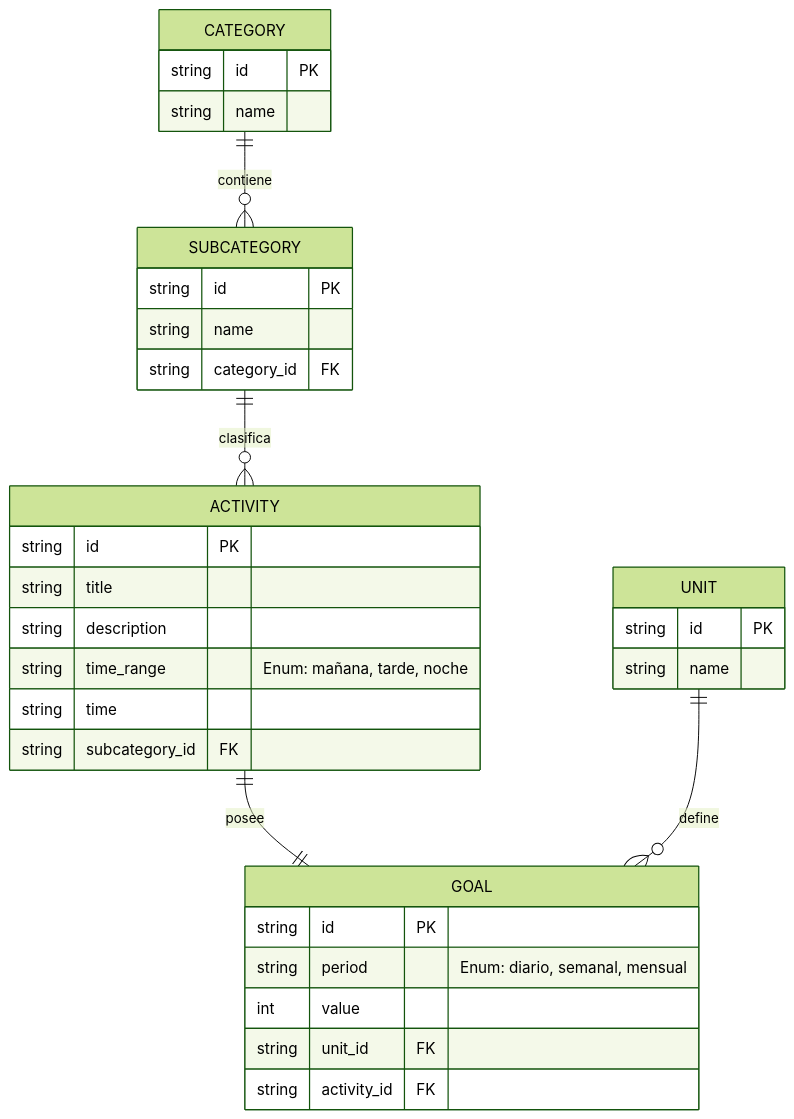
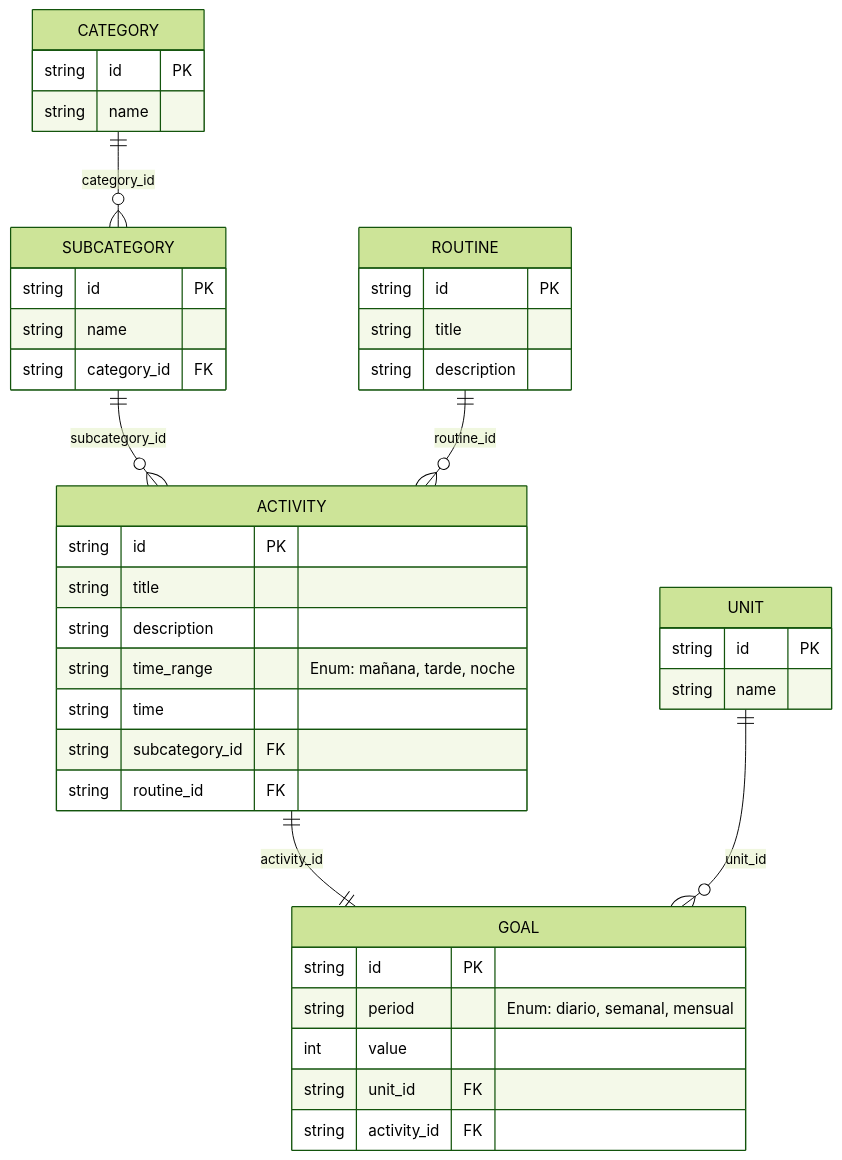
One commit to No-Country-simulation/c24-34-t-webapp changed the diagram in README.md. Above: the diagram before and after it, drawn with Mermaid (forest theme). The commit also changed 7 other files, not shown here.

````diff
--- a/README.md
+++ b/README.md
@@ -19,40 +19,48 @@
 ```mermaid
 erDiagram
     CATEGORY {
         string id PK
         string name
     }
 
     SUBCATEGORY {
         string id PK
         string name
         string category_id FK
     }
 
     ACTIVITY {
         string id PK
         string title
         string description
         string time_range "Enum: mañana, tarde, noche"
         string time
         string subcategory_id FK
+        string routine_id FK
     }
 
     GOAL {
         string id PK
         string period "Enum: diario, semanal, mensual"
         int value
         string unit_id FK
         string activity_id FK
     }
 
     UNIT {
         string id PK
         string name
     }
 
-    CATEGORY ||--o{ SUBCATEGORY : "contiene"
-    SUBCATEGORY ||--o{ ACTIVITY : "clasifica"
-    ACTIVITY ||--|| GOAL : "posee"
-    UNIT ||--o{ GOAL : "define"
+    ROUTINE {
+        string id PK
+        string title
+        string description
+    }
+
+    CATEGORY ||--o{ SUBCATEGORY : "category_id"
+    SUBCATEGORY ||--o{ ACTIVITY : "subcategory_id"
+    ACTIVITY ||--|| GOAL : "activity_id"
+    UNIT ||--o{ GOAL : "unit_id"
+    ROUTINE ||--o{ ACTIVITY : "routine_id"
 ```
````
